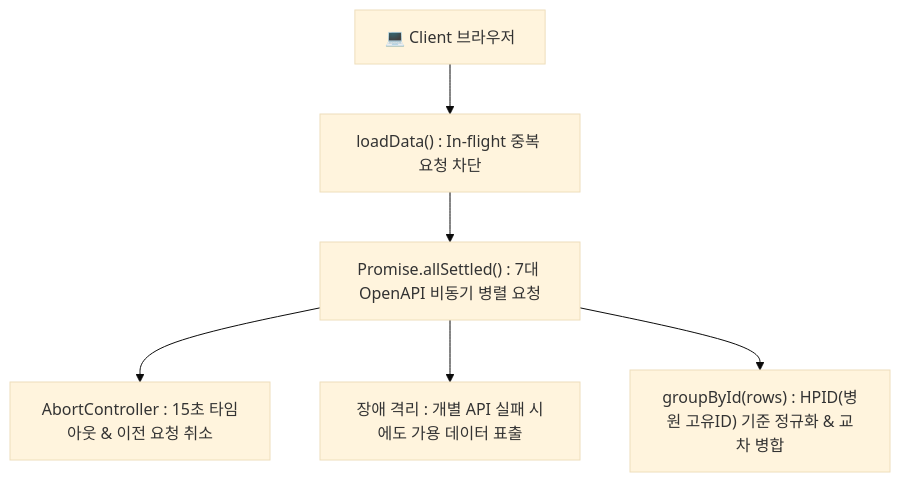
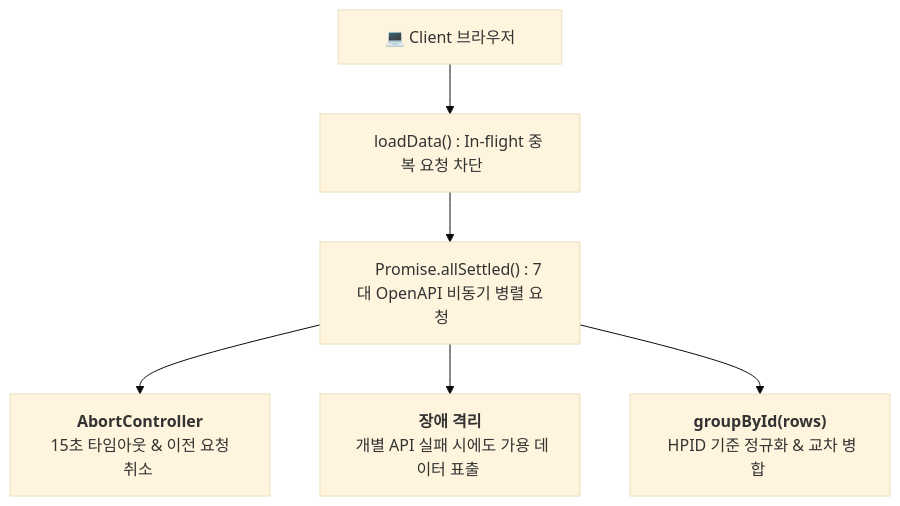
One commit to rockybearking/yonsei119 changed the second of 3 diagrams in README.md. Above: the diagram before and after it, drawn with Mermaid (base theme). The commit also changed other lines of this file, not shown here.

````diff
--- a/README.md
+++ b/README.md
@@ -115,8 +115,8 @@
 ```mermaid
 flowchart TD
-    Client["💻 Client 브라우저"] --> Load["loadData() : In-flight 중복 요청 차단"]
-    Load --> Promise["Promise.allSettled() : 7대 OpenAPI 비동기 병렬 요청"]
-    Promise --> Abort["AbortController : 15초 타임아웃 & 이전 요청 취소"]
-    Promise --> Isolate["장애 격리 : 개별 API 실패 시에도 가용 데이터 표출"]
-    Promise --> Group["groupById(rows) : HPID(병원 고유ID) 기준 정규화 & 교차 병합"]
+    Client["&nbsp;&nbsp;&nbsp;&nbsp;💻 Client 브라우저&nbsp;&nbsp;&nbsp;&nbsp;"] --> Load["&nbsp;&nbsp;&nbsp;&nbsp;loadData() : In-flight 중복 요청 차단&nbsp;&nbsp;&nbsp;&nbsp;"]
+    Load --> Promise["&nbsp;&nbsp;&nbsp;&nbsp;Promise.allSettled() : 7대 OpenAPI 비동기 병렬 요청&nbsp;&nbsp;&nbsp;&nbsp;"]
+    Promise --> Abort["&nbsp;&nbsp;<b>AbortController</b>&nbsp;&nbsp;<br>&nbsp;15초 타임아웃 & 이전 요청 취소&nbsp;"]
+    Promise --> Isolate["&nbsp;&nbsp;<b>장애 격리</b>&nbsp;&nbsp;<br>&nbsp;개별 API 실패 시에도 가용 데이터 표출&nbsp;"]
+    Promise --> Group["&nbsp;&nbsp;<b>groupById(rows)</b>&nbsp;&nbsp;<br>&nbsp;HPID 기준 정규화 & 교차 병합&nbsp;"]
 ```
````
